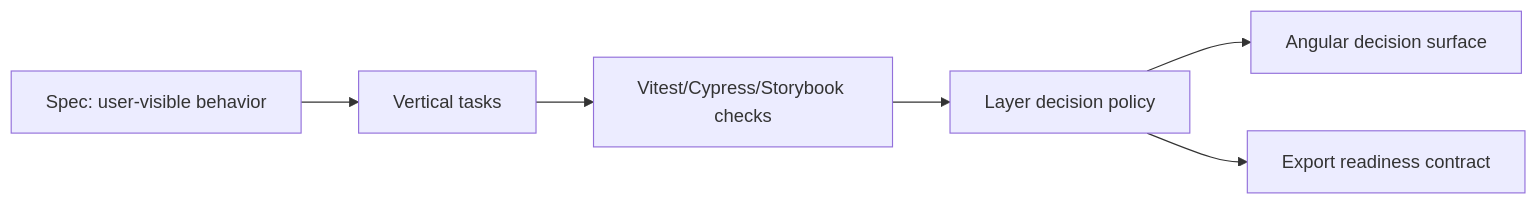
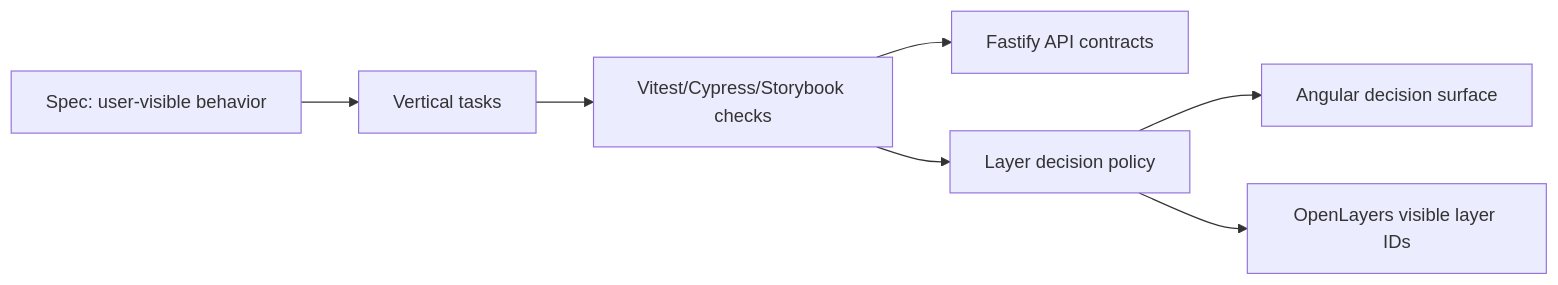
One commit to arek-e/metria-workshop-demo changed the diagram in .agents/docs/architecture.md. Above: the diagram before and after it, drawn with Mermaid. The commit also changed other lines of this file and 45 other files, not shown here.

Commit message:
Refactor workbench quality architecture

````diff
--- a/.agents/docs/architecture.md
+++ b/.agents/docs/architecture.md
@@ -9,8 +9,9 @@
 ```mermaid
 flowchart LR
   Spec["Spec: user-visible behavior"] --> Tasks["Vertical tasks"]
   Tasks --> Tests["Vitest/Cypress/Storybook checks"]
+  Tests --> API["Fastify API contracts"]
   Tests --> Policy["Layer decision policy"]
   Policy --> UI["Angular decision surface"]
-  Policy --> Export["Export readiness contract"]
+  Policy --> Map["OpenLayers visible layer IDs"]
 ```
````
